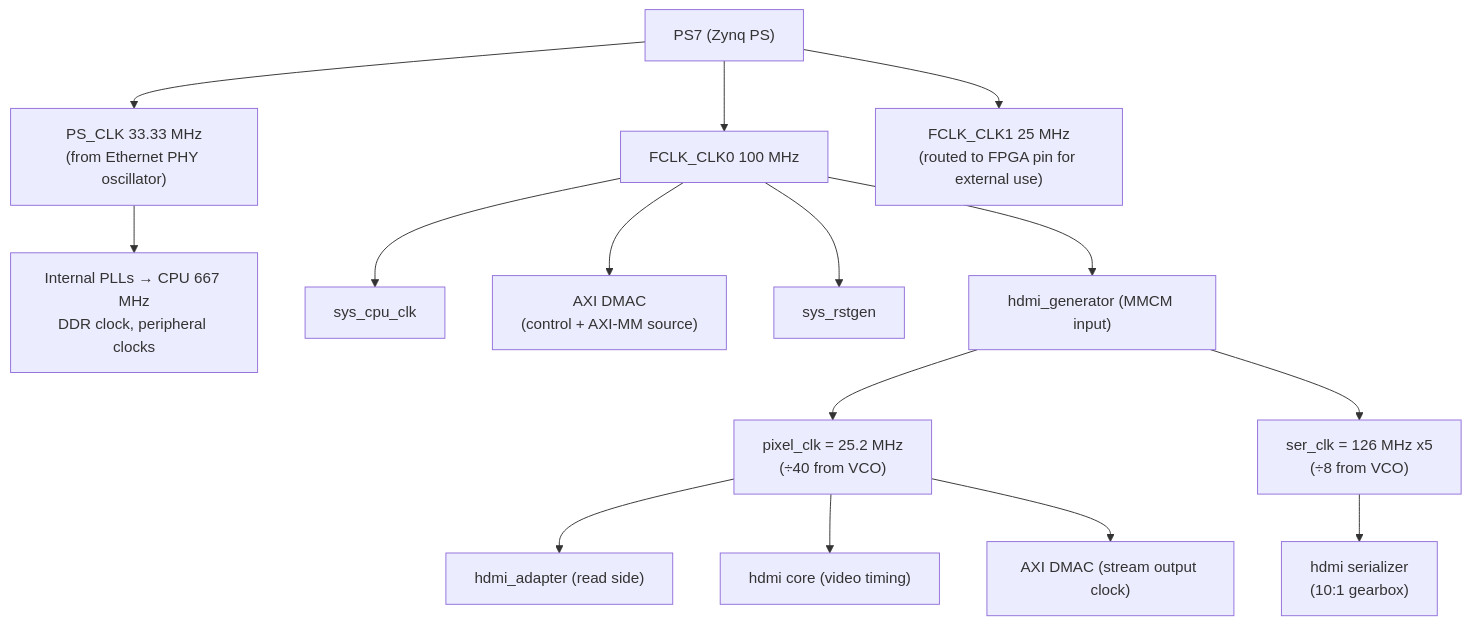
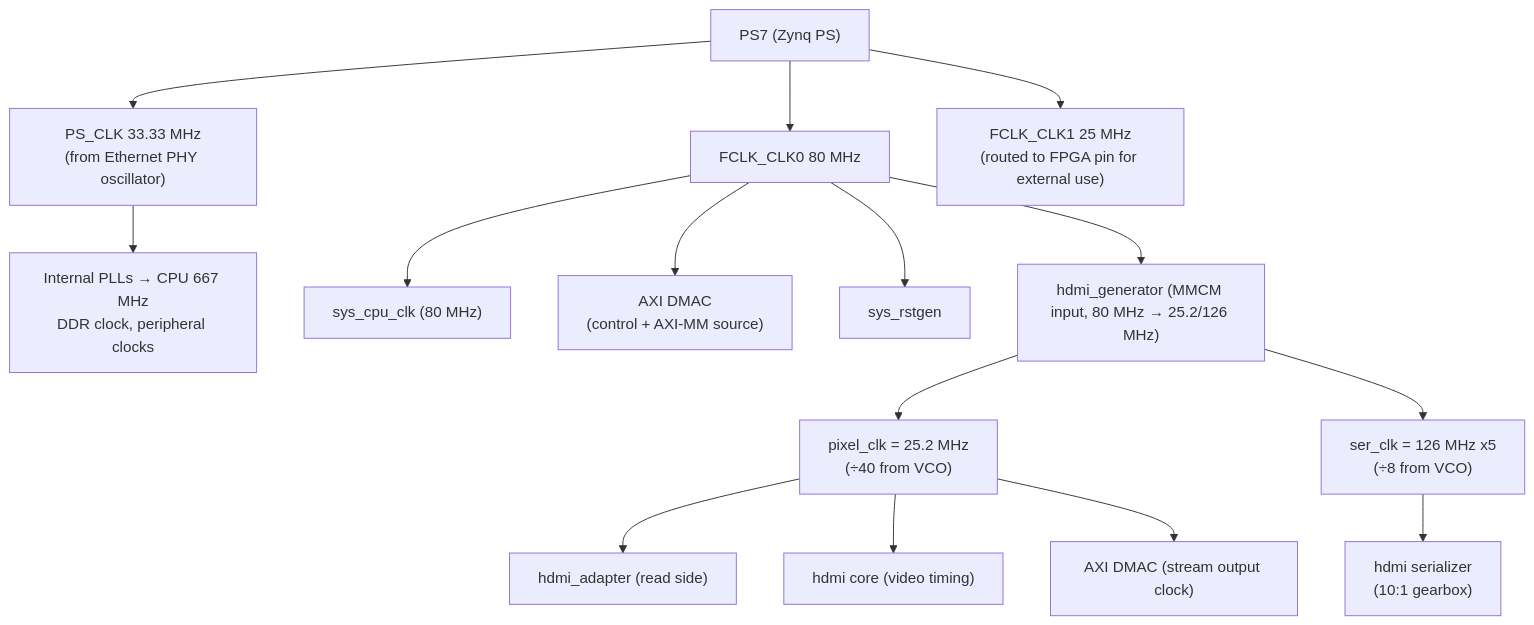
One commit to tocisz/ebaz4205-hdmi-demo changed the seventh of 12 diagrams in doc/ARCHITECTURE.md. Above: the diagram before and after it, drawn with Mermaid. The commit also changed other lines of this file and 1 other file, not shown here.

First line of the commit message:
doc: update ARCHITECTURE + wedge investigation for deployed z80 SoC

````diff
--- a/doc/ARCHITECTURE.md
+++ b/doc/ARCHITECTURE.md
@@ -531,17 +538,17 @@
 ```mermaid
 graph TB
     ps["PS7 (Zynq PS)"] --> psclk["PS_CLK 33.33 MHz<br/>(from Ethernet PHY oscillator)"]
-    ps --> fclk0["FCLK_CLK0 100 MHz"]
+    ps --> fclk0["FCLK_CLK0 80 MHz"]
     ps --> fclk1["FCLK_CLK1 25 MHz<br/>(routed to FPGA pin for external use)"]
     psclk --> plls["Internal PLLs → CPU 667 MHz<br/>DDR clock, peripheral clocks"]
-    fclk0 --> sys_clk["sys_cpu_clk"]
+    fclk0 --> sys_clk["sys_cpu_clk (80 MHz)"]
     fclk0 --> dmac_clk["AXI DMAC<br/>(control + AXI-MM source)"]
     fclk0 --> rstgen["sys_rstgen"]
-    fclk0 --> mmcm["hdmi_generator (MMCM input)"]
+    fclk0 --> mmcm["hdmi_generator (MMCM input, 80 MHz → 25.2/126 MHz)"]
     mmcm --> pix_clk["pixel_clk = 25.2 MHz<br/>(÷40 from VCO)"]
     mmcm --> ser_clk["ser_clk = 126 MHz x5<br/>(÷8 from VCO)"]
     pix_clk --> adap_rd["hdmi_adapter (read side)"]
     pix_clk --> hcore_tm["hdmi core (video timing)"]
     pix_clk --> dmac_st["AXI DMAC (stream output clock)"]
     ser_clk --> ser["hdmi serializer<br/>(10:1 gearbox)"]
 ```
````
